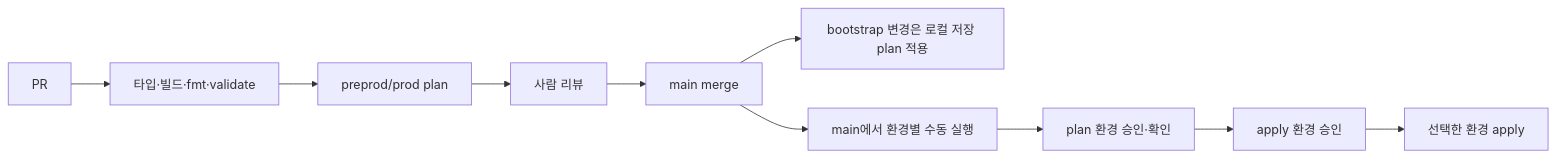
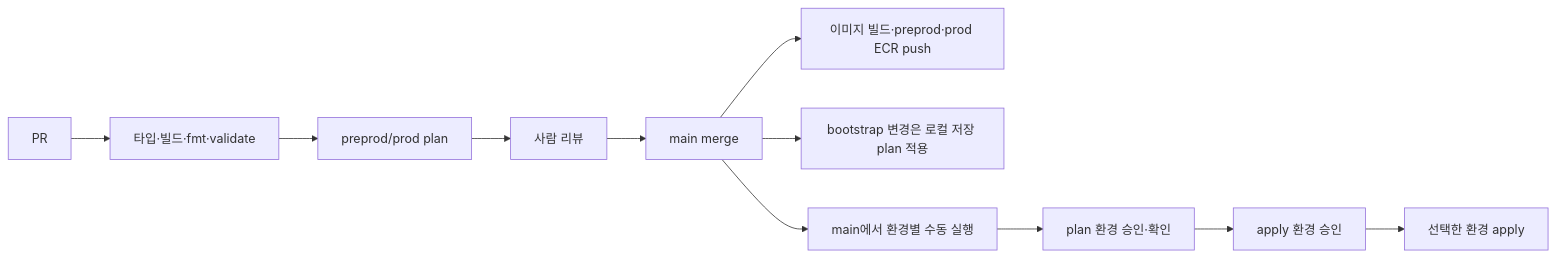
The second of 2 diagrams in docs/architecture.md (ban-dal/aws-ecs-fullstack-app), drawn with Mermaid before and after one commit. The commit also changed other lines of this file and 11 other files, not shown here.

Commit message:
feat: build the app image and push it to both ECR repositories

````diff
--- a/docs/architecture.md
+++ b/docs/architecture.md
@@ -39,12 +39,13 @@
 ```mermaid
 flowchart LR
   PR[PR] --> Checks[타입·빌드·fmt·validate]
   Checks --> Plan[preprod/prod plan]
   Plan --> Review[사람 리뷰]
   Review --> Merge[main merge]
+  Merge --> Image[이미지 빌드·preprod·prod ECR push]
   Merge --> Bootstrap[bootstrap 변경은 로컬 저장 plan 적용]
   Merge --> Dispatch[main에서 환경별 수동 실행]
   Dispatch --> ApplyPlan[plan 환경 승인·확인]
   ApplyPlan --> Approval[apply 환경 승인]
   Approval --> Apply[선택한 환경 apply]
 ```
````
